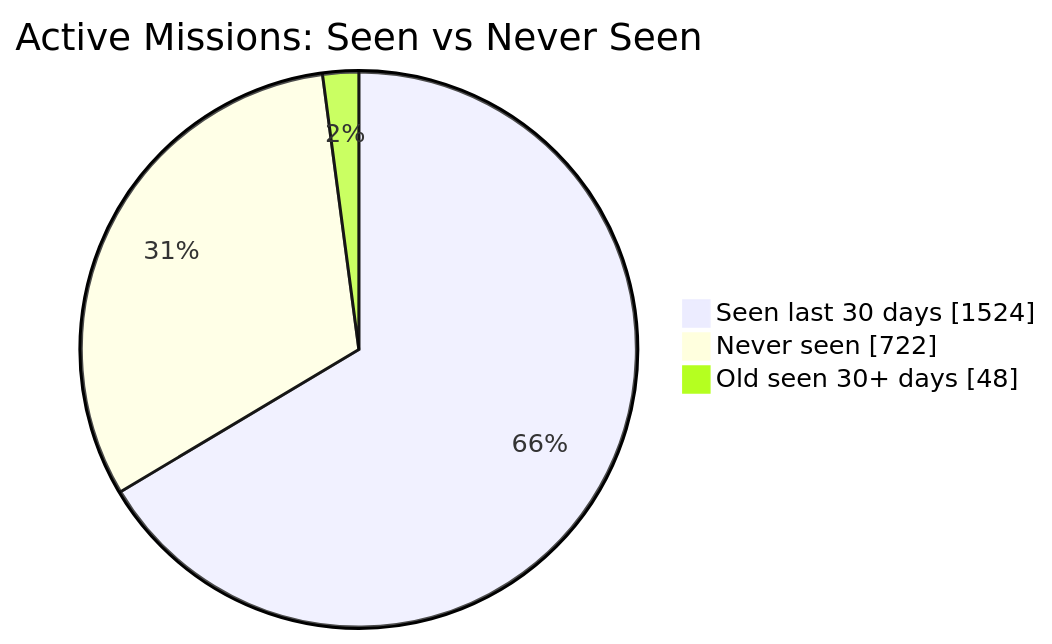
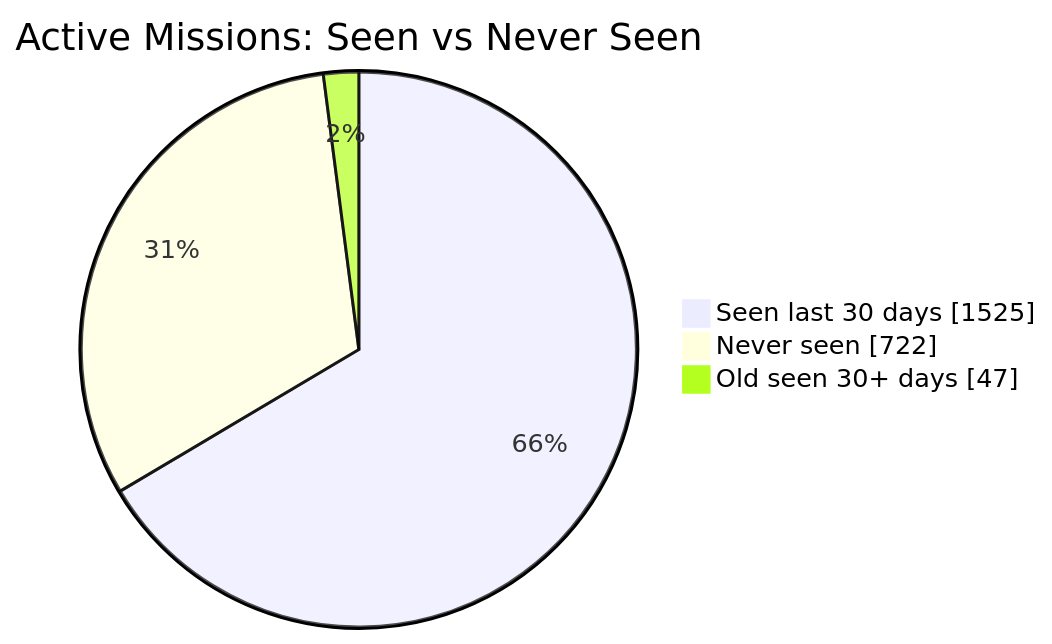
Before and after one commit to MeldkamerspelGameTeam/active-missions: the first of 2 diagrams in README.md, drawn with Mermaid. The commit also changed other lines of this file and 2 other files, not shown here.

````diff
--- a/README.md
+++ b/README.md
@@ -34,7 +34,7 @@
 ```mermaid
 pie showData
     title Active Missions: Seen vs Never Seen
-    "Seen last 30 days" : 1524
+    "Seen last 30 days" : 1525
     "Never seen" : 722
-    "Old seen 30+ days" : 48
+    "Old seen 30+ days" : 47
 ```
````
